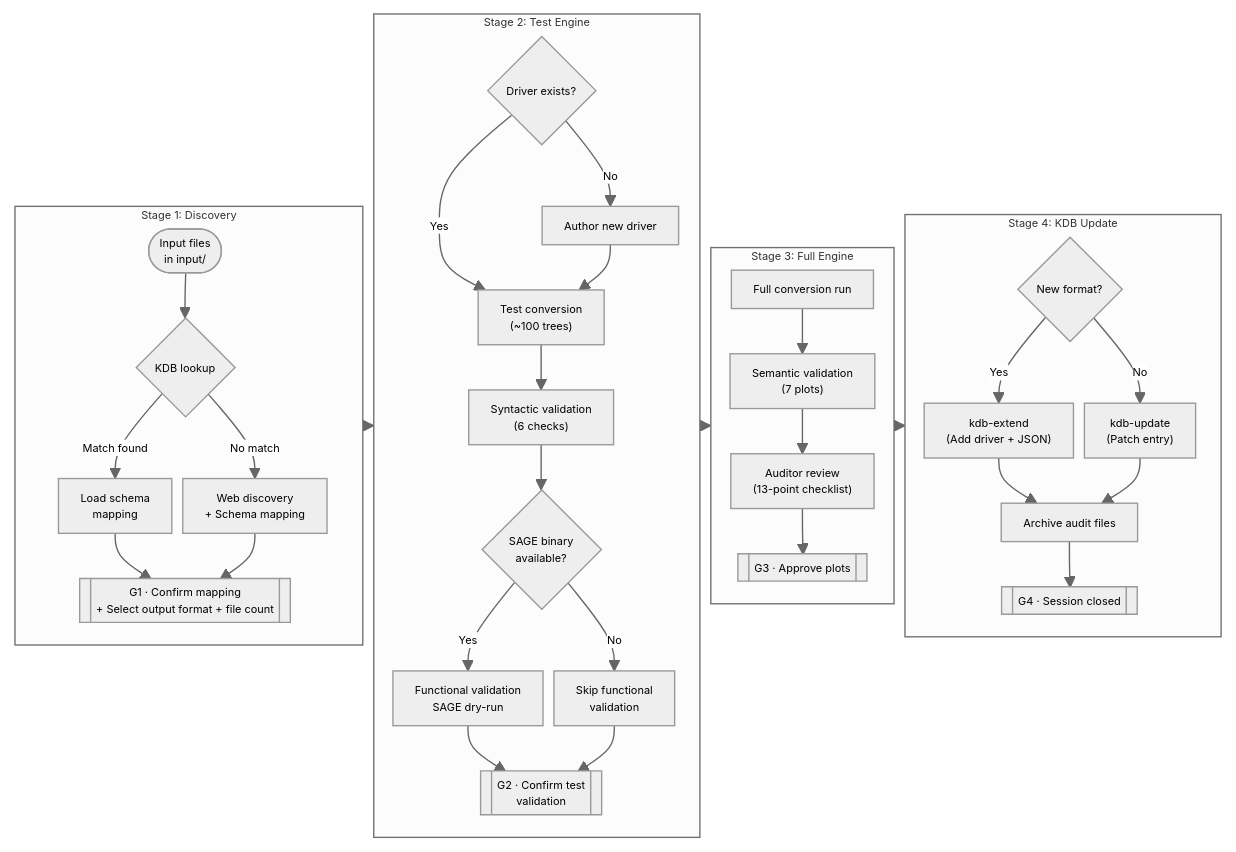
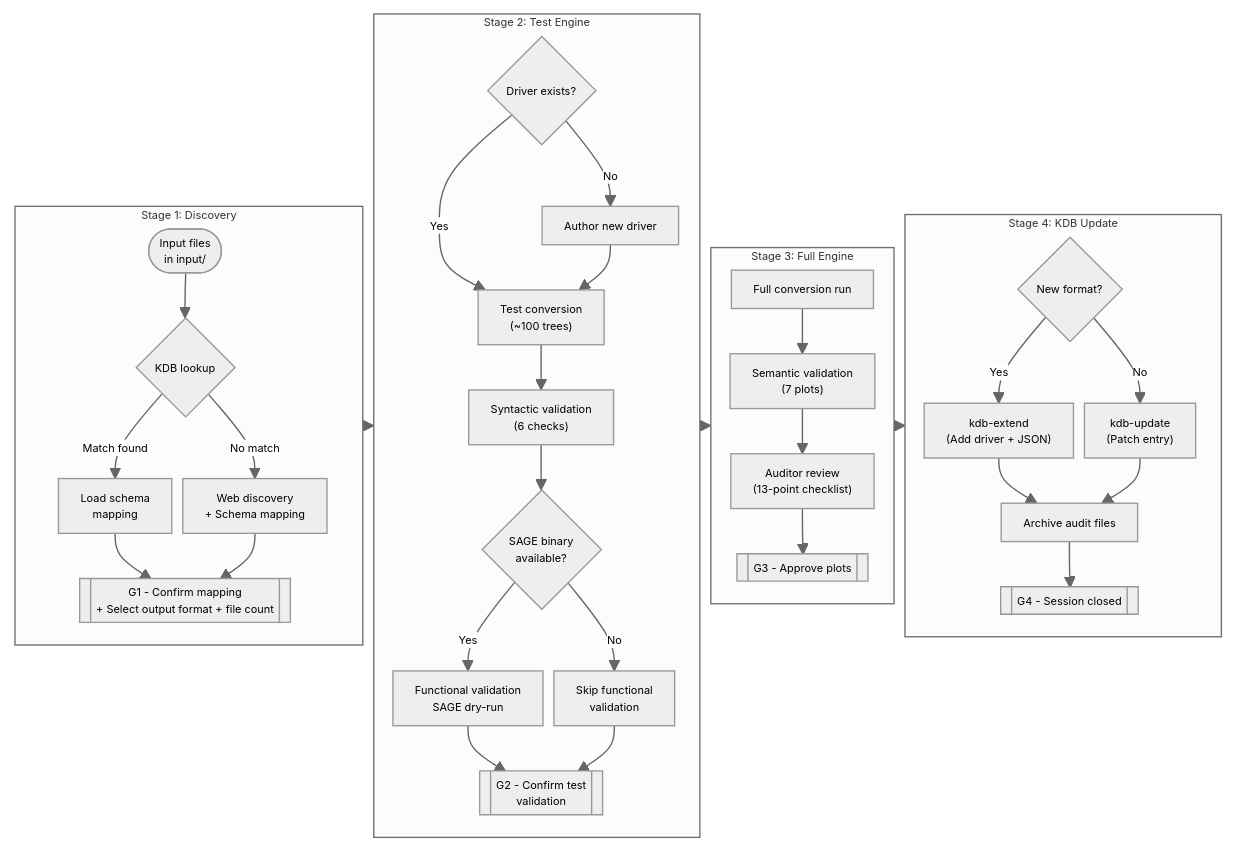
Before and after one commit to robmost/sage_tree_converter: the diagram in README.md, drawn with Mermaid. The commit also changed other lines of this file and 22 other files, not shown here.

````diff
--- a/README.md
+++ b/README.md
@@ -49,54 +49,54 @@
 ```mermaid
 ---
 config:
     theme: neutral
     flowchart:
         rankSpacing:  8
         nodeSpacing: 8
         padding: 8
         curve: basis
     themeVariables:
         fontSize: 8px
 ---
 flowchart LR
     subgraph s1["Stage 1: Discovery"]
         direction TB
         a(["Input files<br/>in input/"]) --> b{"KDB lookup"}
         b -- "Match found" --> c["Load schema<br/>mapping"]
         b -- "No match" --> d["Web discovery<br/>+ Schema mapping"]
-        c & d --> g1[["G1 · Confirm mapping<br/>+ Select output format + file count"]]
+        c & d --> g1[["G1 - Confirm mapping<br/>+ Select output format + file count"]]
     end
 
     subgraph s2["Stage 2: Test Engine"]
         direction TB
         e{"Driver exists?"}
         e -- "Yes" --> f["Test conversion<br/>(~100 trees)"]
         e -- "No" --> g["Author new driver"] --> f
         f --> h["Syntactic validation<br/>(6 checks)"]
         h --> i{"SAGE binary<br/>available?"}
         i -- "Yes" --> j["Functional validation<br/>SAGE dry-run"]
         i -- "No" --> k["Skip functional<br/>validation"]
-        j & k --> g2[["G2 · Confirm test<br/>validation"]]
+        j & k --> g2[["G2 - Confirm test<br/>validation"]]
     end
 
     subgraph s3["Stage 3: Full Engine"]
         direction TB
         l["Full conversion run"]
         l --> m["Semantic validation<br/>(7 plots)"]
         m --> n["Auditor review<br/>(13-point checklist)"]
-        n --> g3[["G3 · Approve plots"]]
+        n --> g3[["G3 - Approve plots"]]
     end
 
     subgraph s4["Stage 4: KDB Update"]
         direction TB
         o{"New format?"}
         o -- "Yes" --> p["kdb-extend<br/>(Add driver + JSON)"]
         o -- "No" --> q["kdb-update<br/>(Patch entry)"]
         p & q --> r["Archive audit files"]
-        r --> g4[["G4 · Session closed"]]
+        r --> g4[["G4 - Session closed"]]
     end
 
     s1 --> s2
     s2 --> s3
     s3 --> s4
 ```
````
